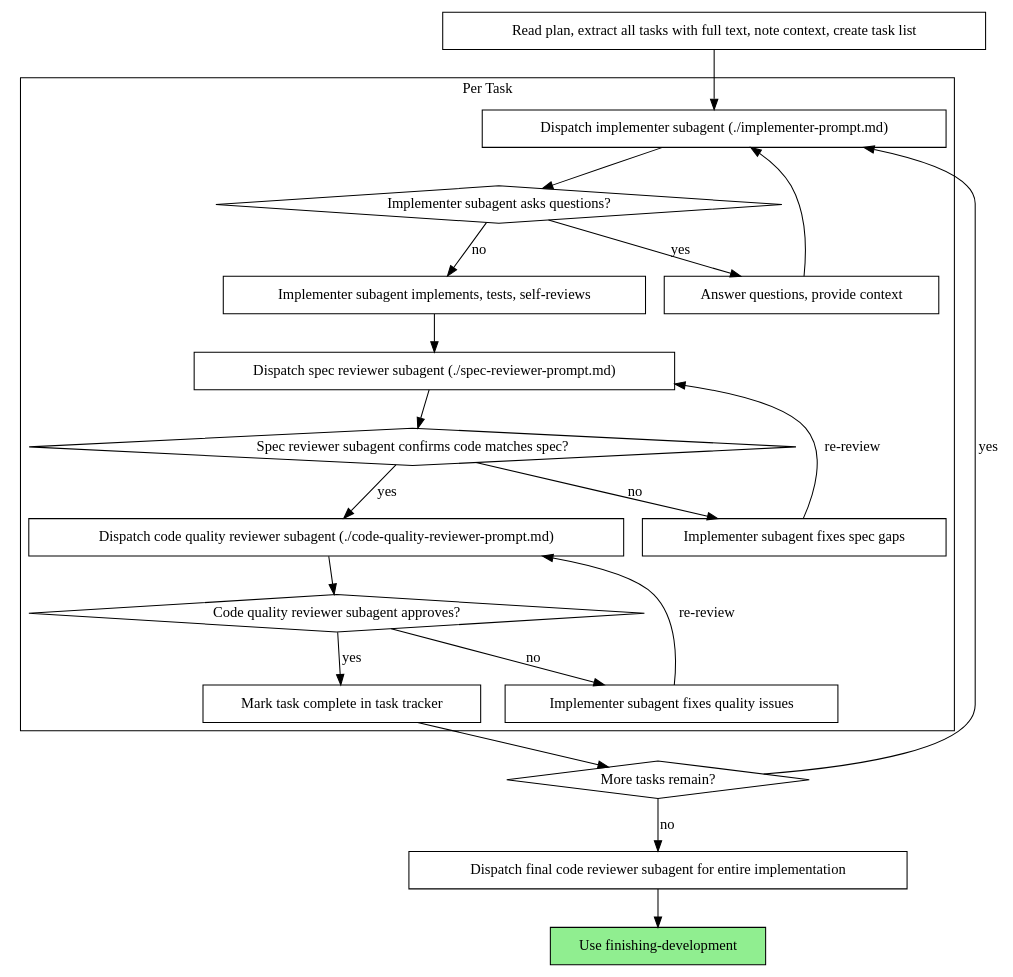
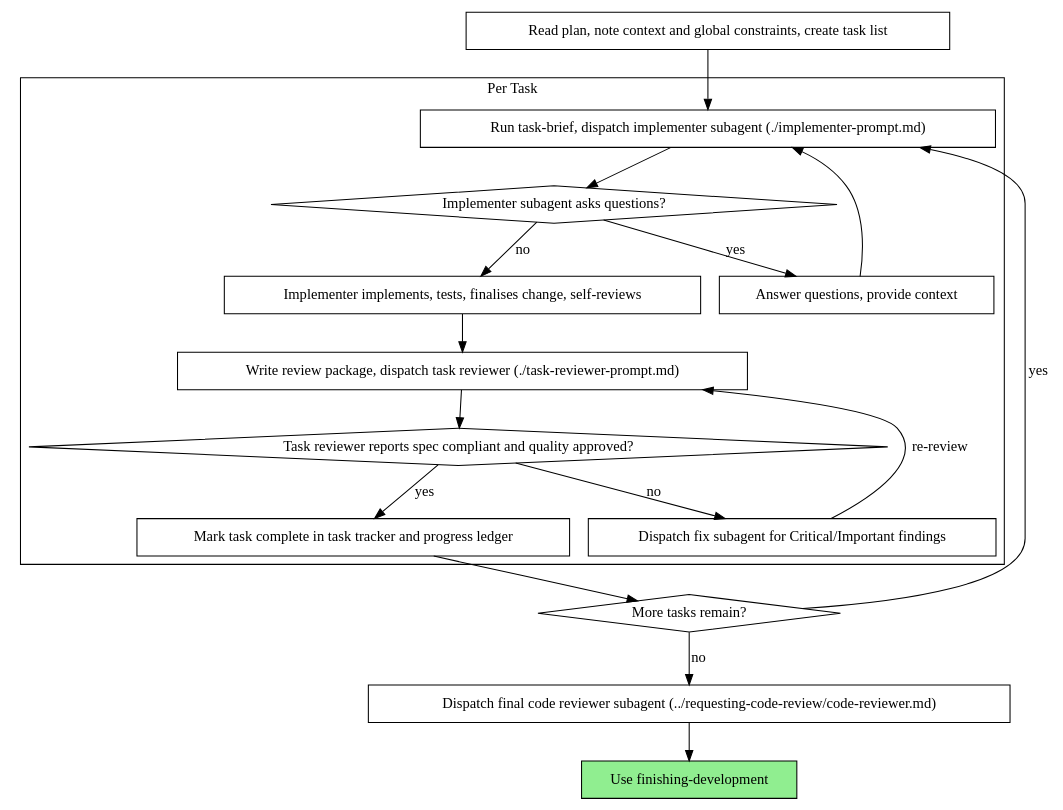
One commit to j10t-dev/1337-skills changed the second of 2 diagrams in skills/subagent-driven-development/SKILL.md. Above: the diagram before and after it, drawn with Graphviz. The commit also changed other lines of this file and 12 other files, not shown here.

````diff
--- a/skills/subagent-driven-development/SKILL.md
+++ b/skills/subagent-driven-development/SKILL.md
@@ -48,44 +48,37 @@
 ```dot
 digraph process {
     rankdir=TB;
 
     subgraph cluster_per_task {
         label="Per Task";
-        "Dispatch implementer subagent (./implementer-prompt.md)" [shape=box];
+        "Run task-brief, dispatch implementer subagent (./implementer-prompt.md)" [shape=box];
         "Implementer subagent asks questions?" [shape=diamond];
         "Answer questions, provide context" [shape=box];
-        "Implementer subagent implements, tests, self-reviews" [shape=box];
-        "Dispatch spec reviewer subagent (./spec-reviewer-prompt.md)" [shape=box];
-        "Spec reviewer subagent confirms code matches spec?" [shape=diamond];
-        "Implementer subagent fixes spec gaps" [shape=box];
-        "Dispatch code quality reviewer subagent (./code-quality-reviewer-prompt.md)" [shape=box];
-        "Code quality reviewer subagent approves?" [shape=diamond];
-        "Implementer subagent fixes quality issues" [shape=box];
-        "Mark task complete in task tracker" [shape=box];
+        "Implementer implements, tests, finalises change, self-reviews" [shape=box];
+        "Write review package, dispatch task reviewer (./task-reviewer-prompt.md)" [shape=box];
+        "Task reviewer reports spec compliant and quality approved?" [shape=diamond];
+        "Dispatch fix subagent for Critical/Important findings" [shape=box];
+        "Mark task complete in task tracker and progress ledger" [shape=box];
     }
 
-    "Read plan, extract all tasks with full text, note context, create task list" [shape=box];
+    "Read plan, note context and global constraints, create task list" [shape=box];
     "More tasks remain?" [shape=diamond];
-    "Dispatch final code reviewer subagent for entire implementation" [shape=box];
+    "Dispatch final code reviewer subagent (../requesting-code-review/code-reviewer.md)" [shape=box];
     "Use finishing-development" [shape=box style=filled fillcolor=lightgreen];
 
-    "Read plan, extract all tasks with full text, note context, create task list" -> "Dispatch implementer subagent (./implementer-prompt.md)";
-    "Dispatch implementer subagent (./implementer-prompt.md)" -> "Implementer subagent asks questions?";
+    "Read plan, note context and global constraints, create task list" -> "Run task-brief, dispatch implementer subagent (./implementer-prompt.md)";
+    "Run task-brief, dispatch implementer subagent (./implementer-prompt.md)" -> "Implementer subagent asks questions?";
     "Implementer subagent asks questions?" -> "Answer questions, provide context" [label="yes"];
-    "Answer questions, provide context" -> "Dispatch implementer subagent (./implementer-prompt.md)";
-    "Implementer subagent asks questions?" -> "Implementer subagent implements, tests, self-reviews" [label="no"];
-    "Implementer subagent implements, tests, self-reviews" -> "Dispatch spec reviewer subagent (./spec-reviewer-prompt.md)";
-    "Dispatch spec reviewer subagent (./spec-reviewer-prompt.md)" -> "Spec reviewer subagent confirms code matches spec?";
-    "Spec reviewer subagent confirms code matches spec?" -> "Implementer subagent fixes spec gaps" [label="no"];
-    "Implementer subagent fixes spec gaps" -> "Dispatch spec reviewer subagent (./spec-reviewer-prompt.md)" [label="re-review"];
-    "Spec reviewer subagent confirms code matches spec?" -> "Dispatch code quality reviewer subagent (./code-quality-reviewer-prompt.md)" [label="yes"];
-    "Dispatch code quality reviewer subagent (./code-quality-reviewer-prompt.md)" -> "Code quality reviewer subagent approves?";
-    "Code quality reviewer subagent approves?" -> "Implementer subagent fixes quality issues" [label="no"];
-    "Implementer subagent fixes quality issues" -> "Dispatch code quality reviewer subagent (./code-quality-reviewer-prompt.md)" [label="re-review"];
-    "Code quality reviewer subagent approves?" -> "Mark task complete in task tracker" [label="yes"];
-    "Mark task complete in task tracker" -> "More tasks remain?";
-    "More tasks remain?" -> "Dispatch implementer subagent (./implementer-prompt.md)" [label="yes"];
-    "More tasks remain?" -> "Dispatch final code reviewer subagent for entire implementation" [label="no"];
-    "Dispatch final code reviewer subagent for entire implementation" -> "Use finishing-development";
+    "Answer questions, provide context" -> "Run task-brief, dispatch implementer subagent (./implementer-prompt.md)";
+    "Implementer subagent asks questions?" -> "Implementer implements, tests, finalises change, self-reviews" [label="no"];
+    "Implementer implements, tests, finalises change, self-reviews" -> "Write review package, dispatch task reviewer (./task-reviewer-prompt.md)";
+    "Write review package, dispatch task reviewer (./task-reviewer-prompt.md)" -> "Task reviewer reports spec compliant and quality approved?";
+    "Task reviewer reports spec compliant and quality approved?" -> "Dispatch fix subagent for Critical/Important findings" [label="no"];
+    "Dispatch fix subagent for Critical/Important findings" -> "Write review package, dispatch task reviewer (./task-reviewer-prompt.md)" [label="re-review"];
+    "Task reviewer reports spec compliant and quality approved?" -> "Mark task complete in task tracker and progress ledger" [label="yes"];
+    "Mark task complete in task tracker and progress ledger" -> "More tasks remain?";
+    "More tasks remain?" -> "Run task-brief, dispatch implementer subagent (./implementer-prompt.md)" [label="yes"];
+    "More tasks remain?" -> "Dispatch final code reviewer subagent (../requesting-code-review/code-reviewer.md)" [label="no"];
+    "Dispatch final code reviewer subagent (../requesting-code-review/code-reviewer.md)" -> "Use finishing-development";
 }
 ```
````
